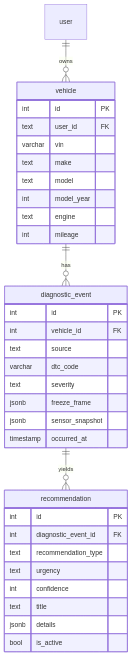
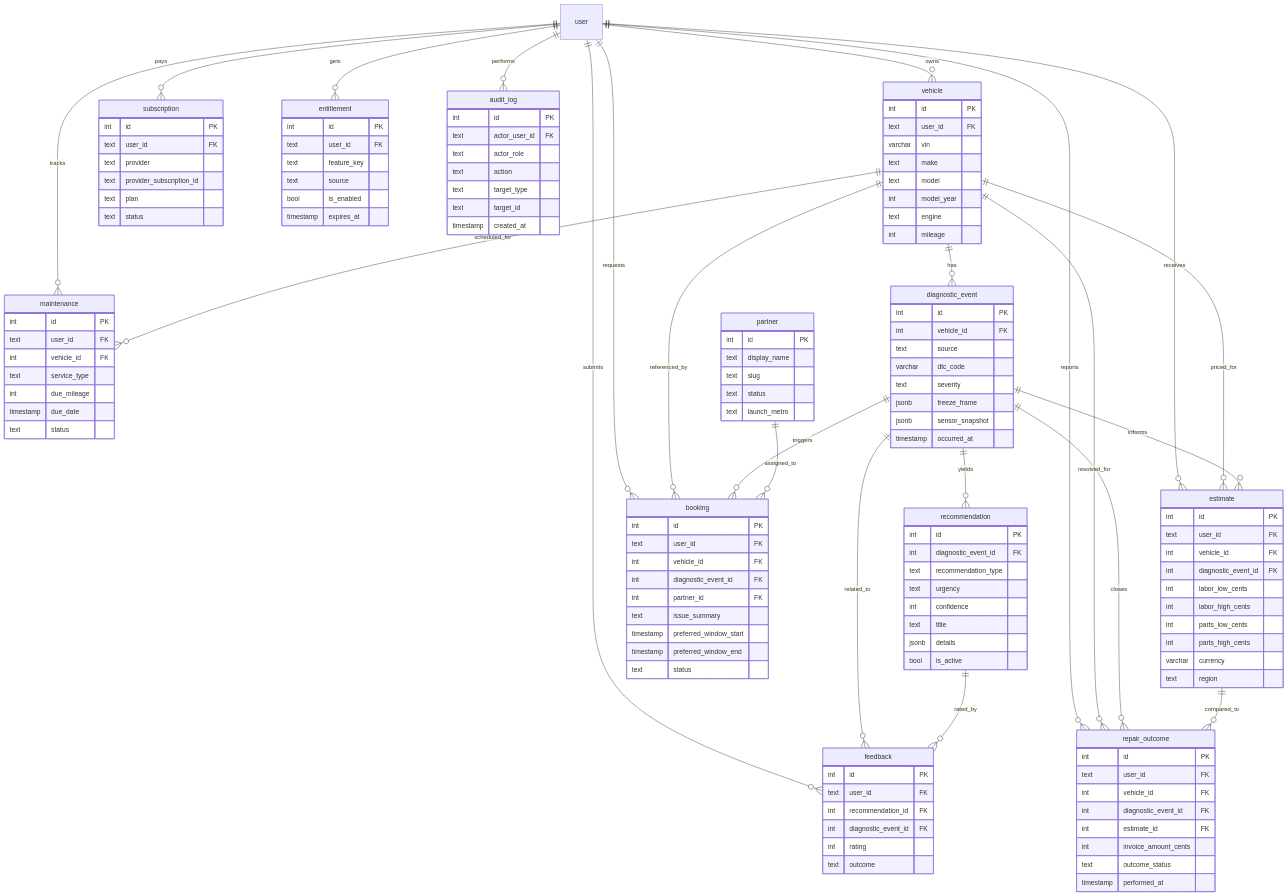
The diagram in docs/erd.mmd (aniketmandloi/car-health-genius), drawn with Mermaid before and after one commit. The commit also changed 34 other files, not shown here.

Commit message:
feat: add domain schemas and typed API routers

```diff
--- a/docs/erd.mmd
+++ b/docs/erd.mmd
@@ -1,37 +1,152 @@
 erDiagram
   user ||--o{ vehicle : owns
+  user ||--o{ estimate : receives
+  user ||--o{ booking : requests
+  user ||--o{ maintenance : tracks
+  user ||--o{ subscription : pays
+  user ||--o{ entitlement : gets
+  user ||--o{ feedback : submits
+  user ||--o{ repair_outcome : reports
+  user ||--o{ audit_log : performs
+
   vehicle ||--o{ diagnostic_event : has
+  vehicle ||--o{ estimate : priced_for
+  vehicle ||--o{ booking : referenced_by
+  vehicle ||--o{ maintenance : scheduled_for
+  vehicle ||--o{ repair_outcome : resolved_for
+
   diagnostic_event ||--o{ recommendation : yields
+  diagnostic_event ||--o{ estimate : informs
+  diagnostic_event ||--o{ booking : triggers
+  diagnostic_event ||--o{ feedback : related_to
+  diagnostic_event ||--o{ repair_outcome : closes
+
+  recommendation ||--o{ feedback : rated_by
+
+  partner ||--o{ booking : assigned_to
+
+  estimate ||--o{ repair_outcome : compared_to
 
   vehicle {
     int id PK
     text user_id FK
     varchar vin
     text make
     text model
     int model_year
     text engine
     int mileage
   }
 
   diagnostic_event {
     int id PK
     int vehicle_id FK
     text source
     varchar dtc_code
     text severity
     jsonb freeze_frame
     jsonb sensor_snapshot
     timestamp occurred_at
   }
 
   recommendation {
     int id PK
     int diagnostic_event_id FK
     text recommendation_type
     text urgency
     int confidence
     text title
     jsonb details
     bool is_active
   }
+
+  estimate {
+    int id PK
+    text user_id FK
+    int vehicle_id FK
+    int diagnostic_event_id FK
+    int labor_low_cents
+    int labor_high_cents
+    int parts_low_cents
+    int parts_high_cents
+    varchar currency
+    text region
+  }
+
+  partner {
+    int id PK
+    text display_name
+    text slug
+    text status
+    text launch_metro
+  }
+
+  booking {
+    int id PK
+    text user_id FK
+    int vehicle_id FK
+    int diagnostic_event_id FK
+    int partner_id FK
+    text issue_summary
+    timestamp preferred_window_start
+    timestamp preferred_window_end
+    text status
+  }
+
+  maintenance {
+    int id PK
+    text user_id FK
+    int vehicle_id FK
+    text service_type
+    int due_mileage
+    timestamp due_date
+    text status
+  }
+
+  subscription {
+    int id PK
+    text user_id FK
+    text provider
+    text provider_subscription_id
+    text plan
+    text status
+  }
+
+  entitlement {
+    int id PK
+    text user_id FK
+    text feature_key
+    text source
+    bool is_enabled
+    timestamp expires_at
+  }
+
+  feedback {
+    int id PK
+    text user_id FK
+    int recommendation_id FK
+    int diagnostic_event_id FK
+    int rating
+    text outcome
+  }
+
+  repair_outcome {
+    int id PK
+    text user_id FK
+    int vehicle_id FK
+    int diagnostic_event_id FK
+    int estimate_id FK
+    int invoice_amount_cents
+    text outcome_status
+    timestamp performed_at
+  }
+
+  audit_log {
+    int id PK
+    text actor_user_id FK
+    text actor_role
+    text action
+    text target_type
+    text target_id
+    timestamp created_at
+  }
```
